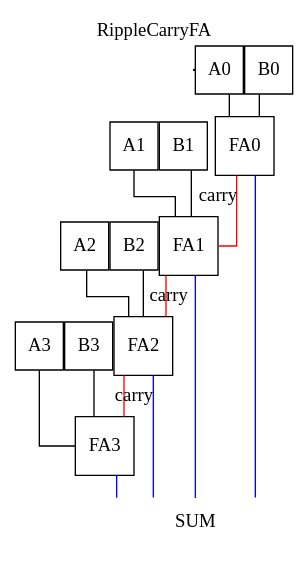
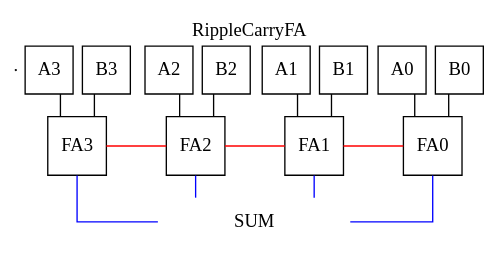
One commit to BarakBinyamin/RippleCarryFA changed the diagram in img/FA.dot. Above: the diagram before and after it, drawn with Graphviz. The commit also changed 1 other file, not shown here.

```diff
--- a/img/FA.dot
+++ b/img/FA.dot
@@ -1,32 +1,32 @@
        digraph D {
 //default
 //rankdir="LR";
-graph [splines=ortho, nodesep=.01, ranksep=.01, overlap=scale]
+graph [splines=ortho, nodesep=.1, ranksep=.1, overlap=scale]
 edge [arrowhead=none]
 labelloc="t";
 label="RippleCarryFA (generic alu with N=4)";
          label="RippleCarryFA";
 		style=filled;
 		//RippleCarryFA [shape=none, label=""]
                 RippleCarryFA [shape=point,width=.01,height=.1];
 		Y [shape=none, width=2 label="SUM"]
 		node [shape=square]
+		A3 -> FA3
+		B3 -> FA3
+		A2 -> FA2
+		B2 -> FA2
+                A1 -> FA1
+		B1 -> FA1
 		A0 -> FA0
 		B0 -> FA0
-		A1 -> FA1
-		B1 -> FA1
-		A2 -> FA2
-		B2 -> FA2
-		A3 -> FA3
-		B3 -> FA3
 
 		edge [color=red, label="carry"]
-		FA0->FA1->FA2->FA3
+		FA3->FA2->FA1->FA0
 		edge [color=blue, label=""] 
+		FA3 -> Y
+		FA2 -> Y
+  		FA1 -> Y
 		FA0 -> Y
-  		FA1 -> Y
-		FA2 -> Y
-		FA3 -> Y
-
+		{rank=same; FA3 FA2 FA1 FA0 }
 		
 } 
```
